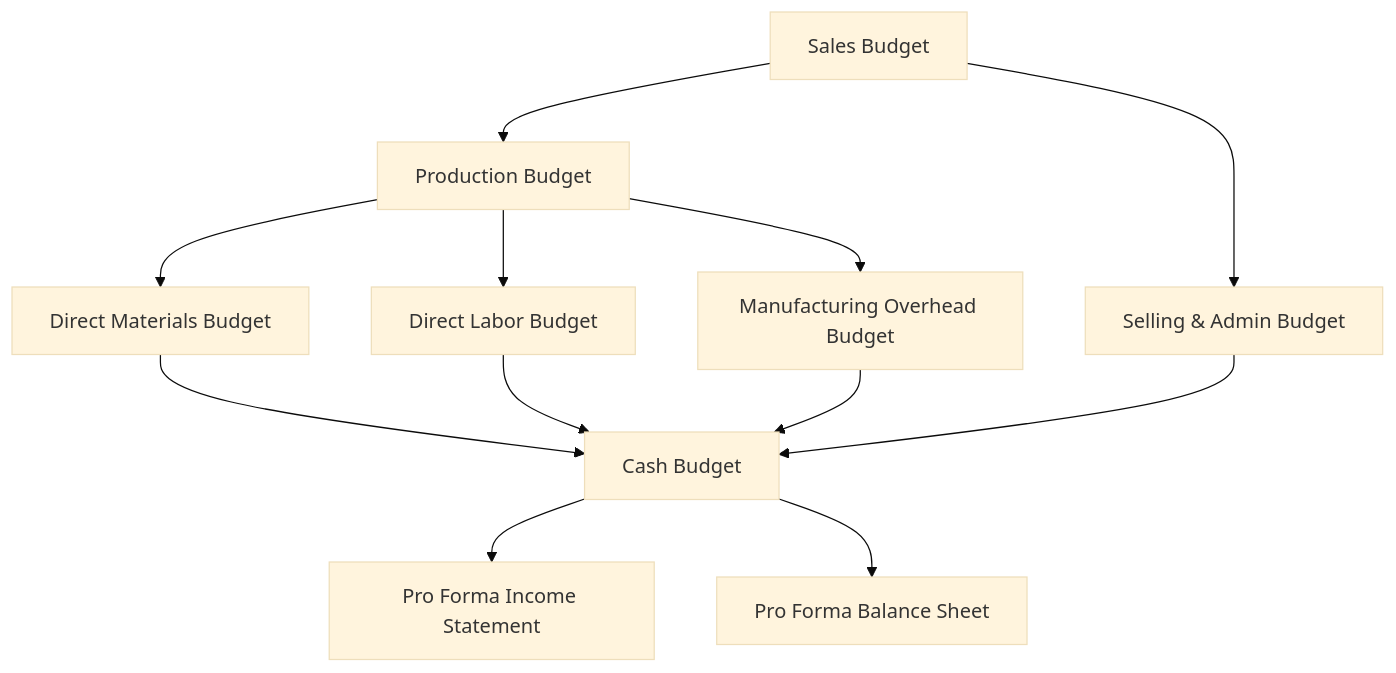
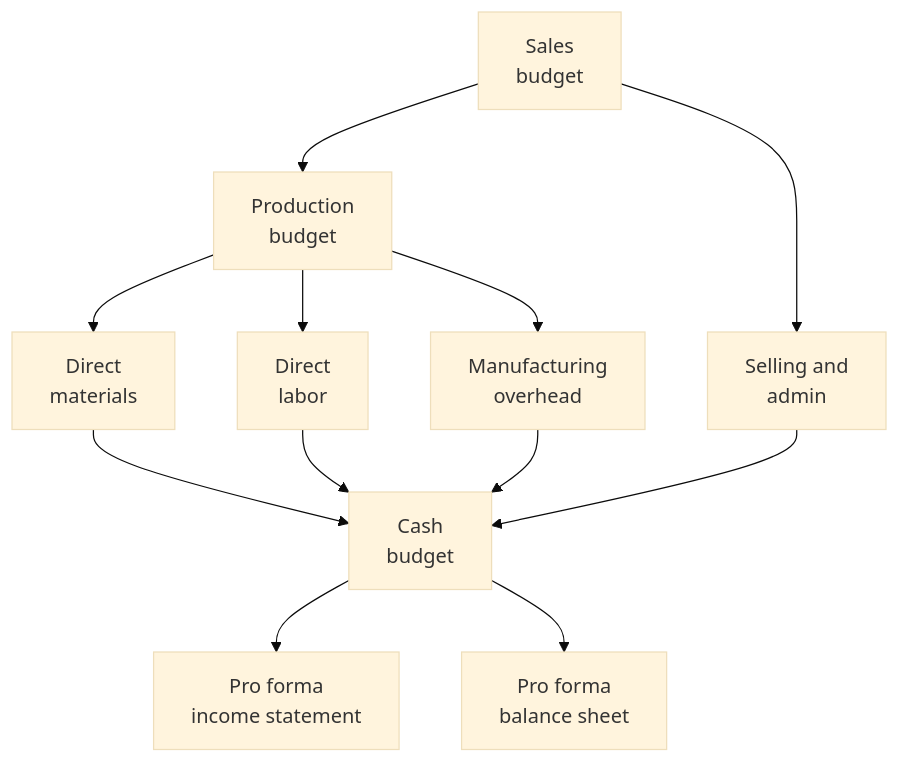
Before and after one commit to subwaymatch/cpabear-book: the diagram in docs/bar/business-analysis-prospective/budgeting-forecasting-and-projection.md, drawn with Mermaid (base theme). The commit also changed other lines of this file and 204 other files, not shown here.

First line of the commit message:
Update the book for the 2027 CPA Exam Blueprints, fix dark-mode diagrams, add diagram zoom (#49)

````diff
--- a/docs/bar/business-analysis-prospective/budgeting-forecasting-and-projection.md
+++ b/docs/bar/business-analysis-prospective/budgeting-forecasting-and-projection.md
@@ -58,14 +43,14 @@
 ```mermaid
 graph TD
-    A["Sales Budget"] --> B["Production Budget"]
-    B --> C["Direct Materials Budget"]
-    B --> D["Direct Labor Budget"]
-    B --> E["Manufacturing Overhead Budget"]
-    A --> F["Selling & Admin Budget"]
-    C --> G["Cash Budget"]
+    A["Sales<br/>budget"] --> B["Production<br/>budget"]
+    B --> C["Direct<br/>materials"]
+    B --> D["Direct<br/>labor"]
+    B --> E["Manufacturing<br/>overhead"]
+    A --> F["Selling and<br/>admin"]
+    C --> G["Cash<br/>budget"]
     D --> G
     E --> G
     F --> G
-    G --> H["Pro Forma Income Statement"]
-    G --> I["Pro Forma Balance Sheet"]
+    G --> H["Pro forma<br/>income statement"]
+    G --> I["Pro forma<br/>balance sheet"]
 ```
````
